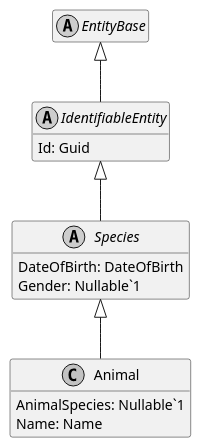
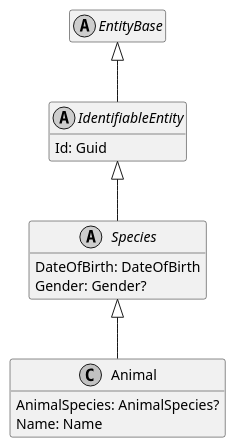
The diagram in Documentation/Generated/Models/DoofesZeug.Models.Specieses.Animals/Animal.puml (ObiWanLansi/DoofesZeug), drawn with PlantUML before and after one commit. The commit also changed 53 other files, not shown here.

```diff
--- a/Documentation/Generated/Models/DoofesZeug.Models.Specieses.Animals/Animal.puml
+++ b/Documentation/Generated/Models/DoofesZeug.Models.Specieses.Animals/Animal.puml
@@ -1,28 +1,28 @@
 @startuml
 skinparam monochrome true
 hide empty members
 
 abstract class EntityBase {
 }
 
 EntityBase <|-- IdentifiableEntity
 
 abstract class IdentifiableEntity {
     Id: Guid
 }
 
 IdentifiableEntity <|-- Species
 
 abstract class Species {
     DateOfBirth: DateOfBirth
-    Gender: Nullable`1
+    Gender: Gender?
 }
 
 Species <|-- Animal
 
 class Animal {
-    AnimalSpecies: Nullable`1
+    AnimalSpecies: AnimalSpecies?
     Name: Name
 }
 
 @enduml
```
